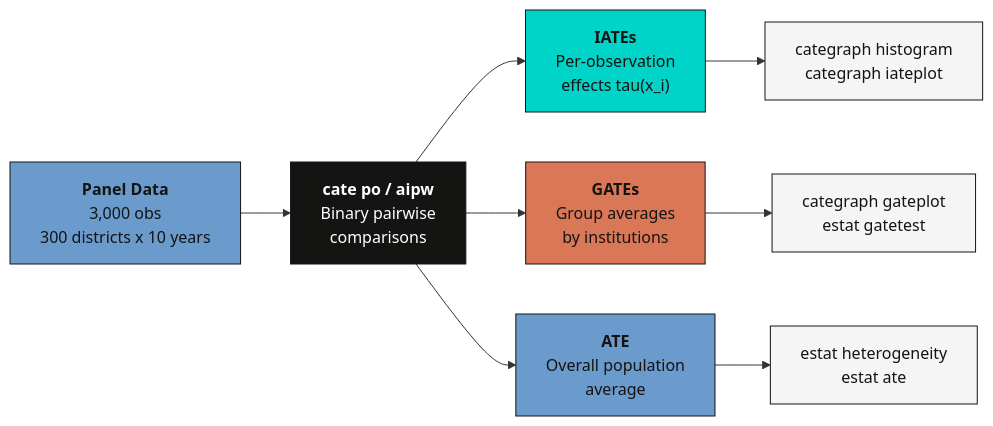
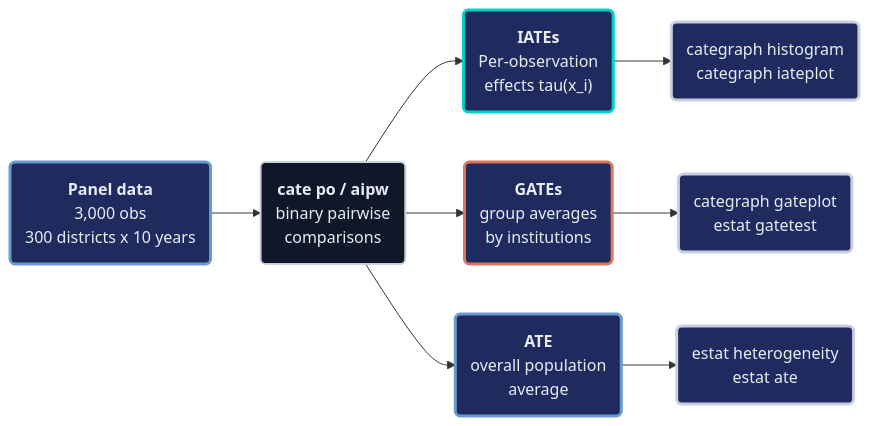
One commit to cmg777/starter-academic-v501 changed the second of 3 diagrams in content/post/stata_cate2/index.md. Above: the diagram before and after it, drawn with Mermaid. The commit also changed other lines of this file and 13 other files, not shown here.

First line of the commit message:
content(mermaid): restyle flowcharts in Stata posts, batch 1 of 2

````diff
--- a/content/post/stata_cate2/index.md
+++ b/content/post/stata_cate2/index.md
@@ -307,18 +307,18 @@
 ```mermaid
 flowchart LR
-    A["<b>Panel Data</b><br/>3,000 obs<br/>300 districts x 10 years"]:::data
-    A --> B["<b>cate po / aipw</b><br/>Binary pairwise<br/>comparisons"]:::main
-    B --> C["<b>IATEs</b><br/>Per-observation<br/>effects tau(x_i)"]:::iate
-    B --> D["<b>GATEs</b><br/>Group averages<br/>by institutions"]:::gate
-    B --> E["<b>ATE</b><br/>Overall population<br/>average"]:::ate
-    C --> F["categraph histogram<br/>categraph iateplot"]:::post
-    D --> G["categraph gateplot<br/>estat gatetest"]:::post
-    E --> H["estat heterogeneity<br/>estat ate"]:::post
+    A("<b>Panel data</b><br/>3,000 obs<br/>300 districts x 10 years"):::data
+    A --> B("<b>cate po / aipw</b><br/>binary pairwise<br/>comparisons"):::main
+    B --> C("<b>IATEs</b><br/>Per-observation<br/>effects tau(x_i)"):::iate
+    B --> D("<b>GATEs</b><br/>group averages<br/>by institutions"):::gate
+    B --> E("<b>ATE</b><br/>overall population<br/>average"):::ate
+    C --> F("categraph histogram<br/>categraph iateplot"):::post
+    D --> G("categraph gateplot<br/>estat gatetest"):::post
+    E --> H("estat heterogeneity<br/>estat ate"):::post
 
-    classDef data fill:#6a9bcc,stroke:#141413,color:#141413
-    classDef main fill:#141413,stroke:#141413,color:#fff
-    classDef iate fill:#00d4c8,stroke:#141413,color:#141413
-    classDef gate fill:#d97757,stroke:#141413,color:#141413
-    classDef ate fill:#6a9bcc,stroke:#141413,color:#141413
-    classDef post fill:#f5f5f5,stroke:#141413,color:#141413
+    classDef data fill:#1f2b5e,stroke:#6a9bcc,stroke-width:3px,color:#e8ecf2
+    classDef main fill:#0f1729,stroke:#c8d0e0,stroke-width:2px,color:#e8ecf2
+    classDef iate fill:#1f2b5e,stroke:#00d4c8,stroke-width:3px,color:#e8ecf2
+    classDef gate fill:#1f2b5e,stroke:#d97757,stroke-width:3px,color:#e8ecf2
+    classDef ate fill:#1f2b5e,stroke:#6a9bcc,stroke-width:3px,color:#e8ecf2
+    classDef post fill:#1f2b5e,stroke:#c8d0e0,stroke-width:3px,color:#e8ecf2
 ```
````
